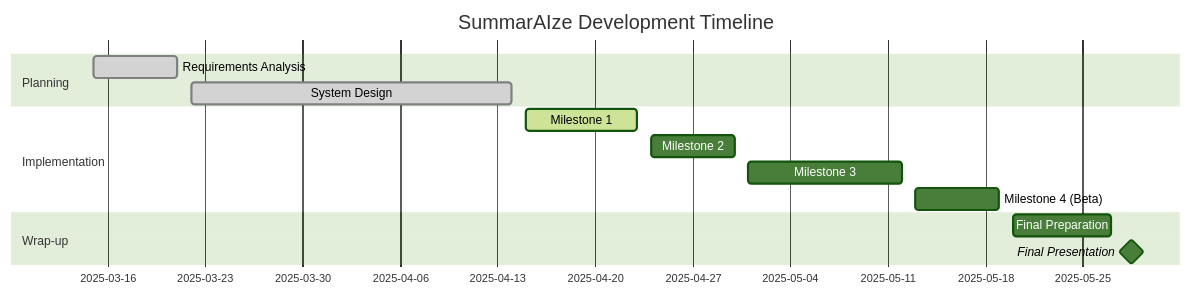
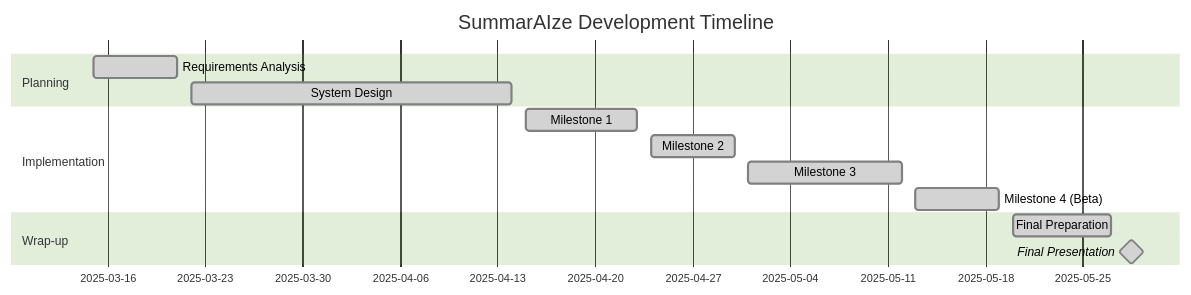
The diagram in summeraize/Document/Milestone.md (TwoMinz/CSE416_GroupProject), drawn with Mermaid (forest theme) before and after one commit. The commit also changed other lines of this file, not shown here.

````diff
--- a/summeraize/Document/Milestone.md
+++ b/summeraize/Document/Milestone.md
@@ -30,16 +30,16 @@
 ```mermaid
 gantt
     title SummarAIze Development Timeline
     dateFormat  YYYY-MM-DD
     section Planning
     Requirements Analysis    :done, 2025-03-15, 2025-03-21
     System Design           :done, 2025-03-22, 2025-04-14
     section Implementation
-    Milestone 1             :active, 2025-04-15, 2025-04-23
-    Milestone 2             :2025-04-24, 2025-04-30
-    Milestone 3             :2025-05-01, 2025-05-12
-    Milestone 4 (Beta)      :2025-05-13, 2025-05-19
+    Milestone 1             :done, 2025-04-15, 2025-04-23
+    Milestone 2             :done, 2025-04-24, 2025-04-30
+    Milestone 3             :done, 2025-05-01, 2025-05-12
+    Milestone 4 (Beta)      :done, 2025-05-13, 2025-05-19
     section Wrap-up
-    Final Preparation       :2025-05-20, 2025-05-27
-    Final Presentation      :milestone, 2025-05-28, 1d
+    Final Preparation       :done, 2025-05-20, 2025-05-27
+    Final Presentation      :done, milestone, 2025-05-28, 1d
 ```
````
